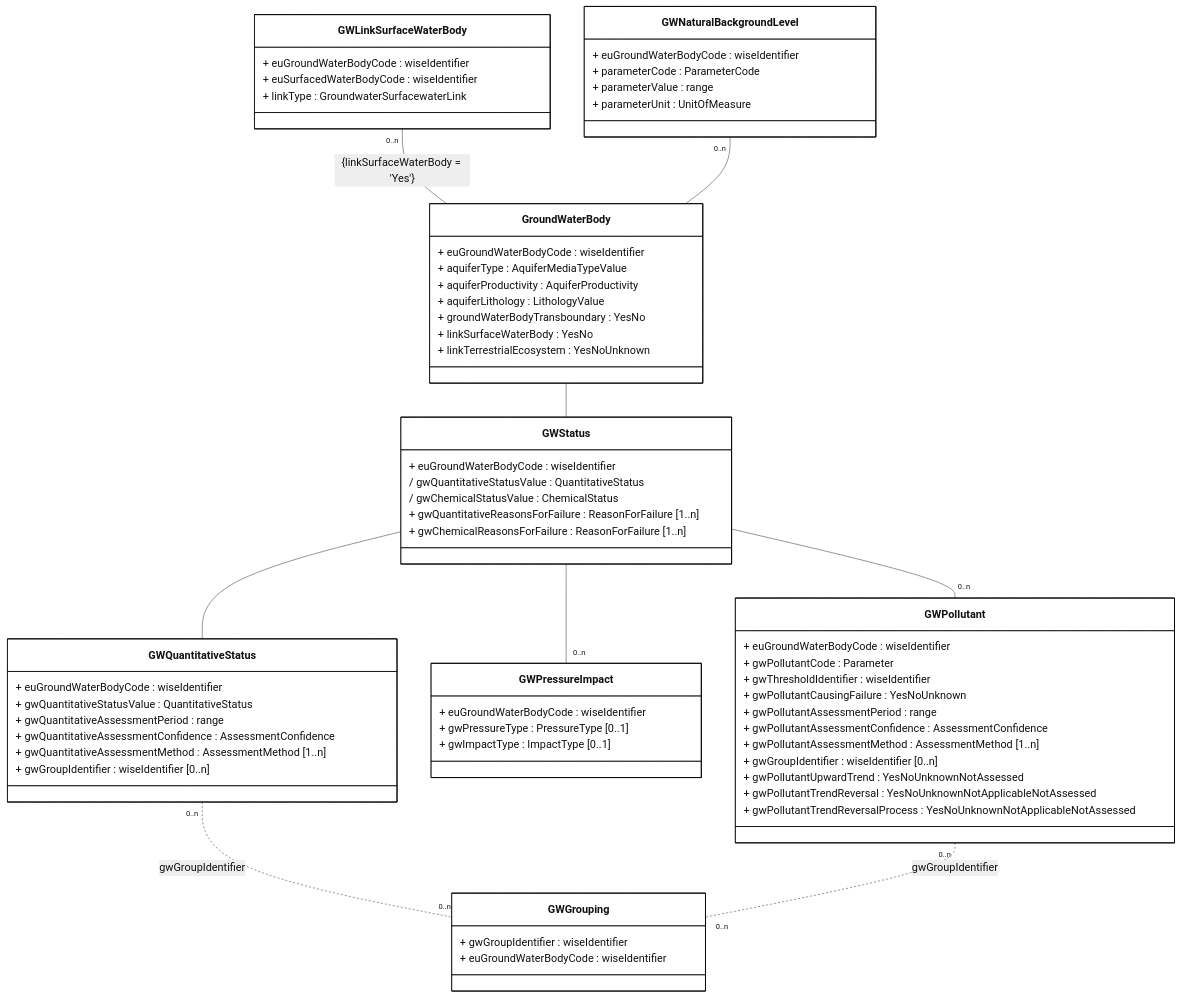
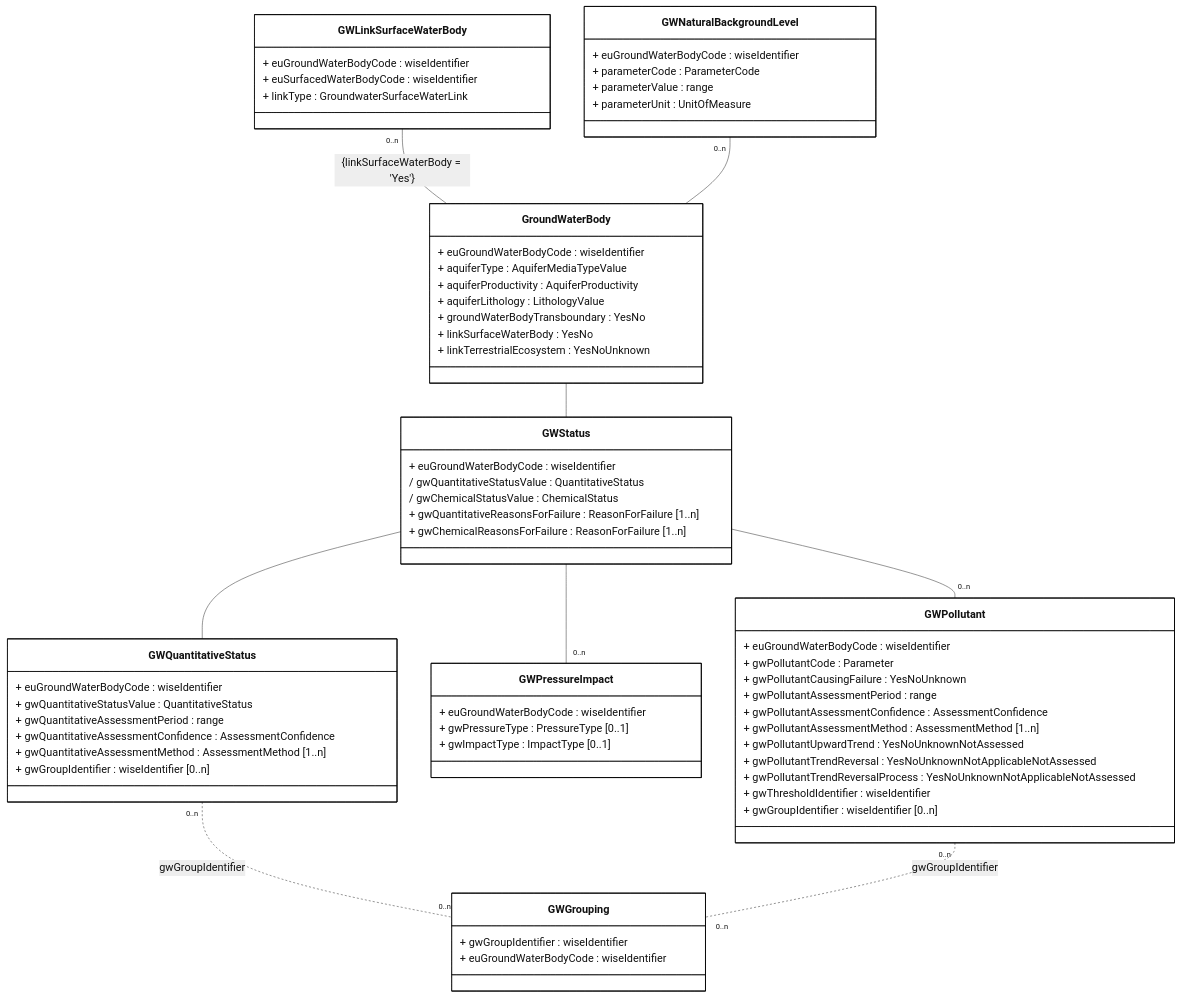
Before and after one commit to eeadata/WISE.WFD.Documentation: the diagram in docs/DataModelReview/mmd/Groundwater_4thCycle_DescriptiveData_ClassDiagram.mmd, drawn with Mermaid. The commit also changed 8 other files, not shown here.

Commit message:
Typos in diagrams

```diff
--- a/docs/DataModelReview/mmd/Groundwater_4thCycle_DescriptiveData_ClassDiagram.mmd
+++ b/docs/DataModelReview/mmd/Groundwater_4thCycle_DescriptiveData_ClassDiagram.mmd
@@ -1,98 +1,98 @@
 ---
 config:
   class:
     hideEmptyMembersBox: true
   layout: dagre
   theme: neutral
   themeVariables:
     noteBkgColor: LightYellow
     noteTextColor: black 
 ---
 classDiagram
 direction TB
 
 class GWLinkSurfaceWaterBody{
     + euGroundWaterBodyCode : wiseIdentifier
     + euSurfacedWaterBodyCode : wiseIdentifier
-    + linkType : GroundwaterSurfacewaterLink
+    + linkType : GroundwaterSurfaceWaterLink
 }
 
 class GWNaturalBackgroundLevel{
     + euGroundWaterBodyCode : wiseIdentifier
     + parameterCode : ParameterCode
     + parameterValue : range  
     + parameterUnit : UnitOfMeasure
 }
 
 class GroundWaterBody{
     + euGroundWaterBodyCode : wiseIdentifier
     + aquiferType : AquiferMediaTypeValue
     + aquiferProductivity : AquiferProductivity
     + aquiferLithology : LithologyValue
     + groundWaterBodyTransboundary : YesNo
     + linkSurfaceWaterBody : YesNo
     + linkTerrestrialEcosystem : YesNoUnknown
 }
 
 class GWQuantitativeStatus{
     + euGroundWaterBodyCode : wiseIdentifier
     + gwQuantitativeStatusValue : QuantitativeStatus
     + gwQuantitativeAssessmentPeriod : range
     + gwQuantitativeAssessmentConfidence : AssessmentConfidence
     + gwQuantitativeAssessmentMethod : AssessmentMethod [1..n]
     + gwGroupIdentifier : wiseIdentifier [0..n]
 }
 
 class GWPressureImpact{
     + euGroundWaterBodyCode : wiseIdentifier
     + gwPressureType : PressureType [0..1]
     + gwImpactType : ImpactType  [0..1]
 }
 
 class GWStatus{
     
     + euGroundWaterBodyCode : wiseIdentifier
     / gwQuantitativeStatusValue : QuantitativeStatus
     / gwChemicalStatusValue : ChemicalStatus
 
     + gwQuantitativeReasonsForFailure : ReasonForFailure [1..n]
     + gwChemicalReasonsForFailure : ReasonForFailure [1..n]
 } 
 
 class GWPollutant{
     + euGroundWaterBodyCode : wiseIdentifier
     + gwPollutantCode : Parameter
-    + gwThresholdIdentifier : wiseIdentifier
 
     + gwPollutantCausingFailure : YesNoUnknown
     + gwPollutantAssessmentPeriod : range
     + gwPollutantAssessmentConfidence : AssessmentConfidence 
     + gwPollutantAssessmentMethod : AssessmentMethod [1..n]
-    
-    + gwGroupIdentifier : wiseIdentifier [0..n]
 
     + gwPollutantUpwardTrend : YesNoUnknownNotAssessed
     + gwPollutantTrendReversal : YesNoUnknownNotApplicableNotAssessed
     + gwPollutantTrendReversalProcess : YesNoUnknownNotApplicableNotAssessed
+
+    + gwThresholdIdentifier : wiseIdentifier
+    + gwGroupIdentifier : wiseIdentifier [0..n]
 }
 
 class GWGrouping{
     + gwGroupIdentifier : wiseIdentifier
     + euGroundWaterBodyCode : wiseIdentifier
 }
 
 GroundWaterBody -- GWStatus    
 GWStatus --  GWQuantitativeStatus
 GWStatus -- "0..n" GWPollutant
 GWStatus -- "0..n" GWPressureImpact
 
 GWQuantitativeStatus "0..n" .. "0..n" GWGrouping : gwGroupIdentifier
 GWPollutant "0..n" .. "0..n" GWGrouping : gwGroupIdentifier
 
 GWLinkSurfaceWaterBody "0..n" -- GroundWaterBody : {linkSurfaceWaterBody = 'Yes'}
 GWNaturalBackgroundLevel "0..n" -- GroundWaterBody
 
 %% note for GWPollutant "GroundwaterMethodologies::ThresholdValue.gwThresholdIdentifier"
 
 classDef default fill:white,stroke:#000;
 classDef forFixing fill:white,stroke:#f00;
```
